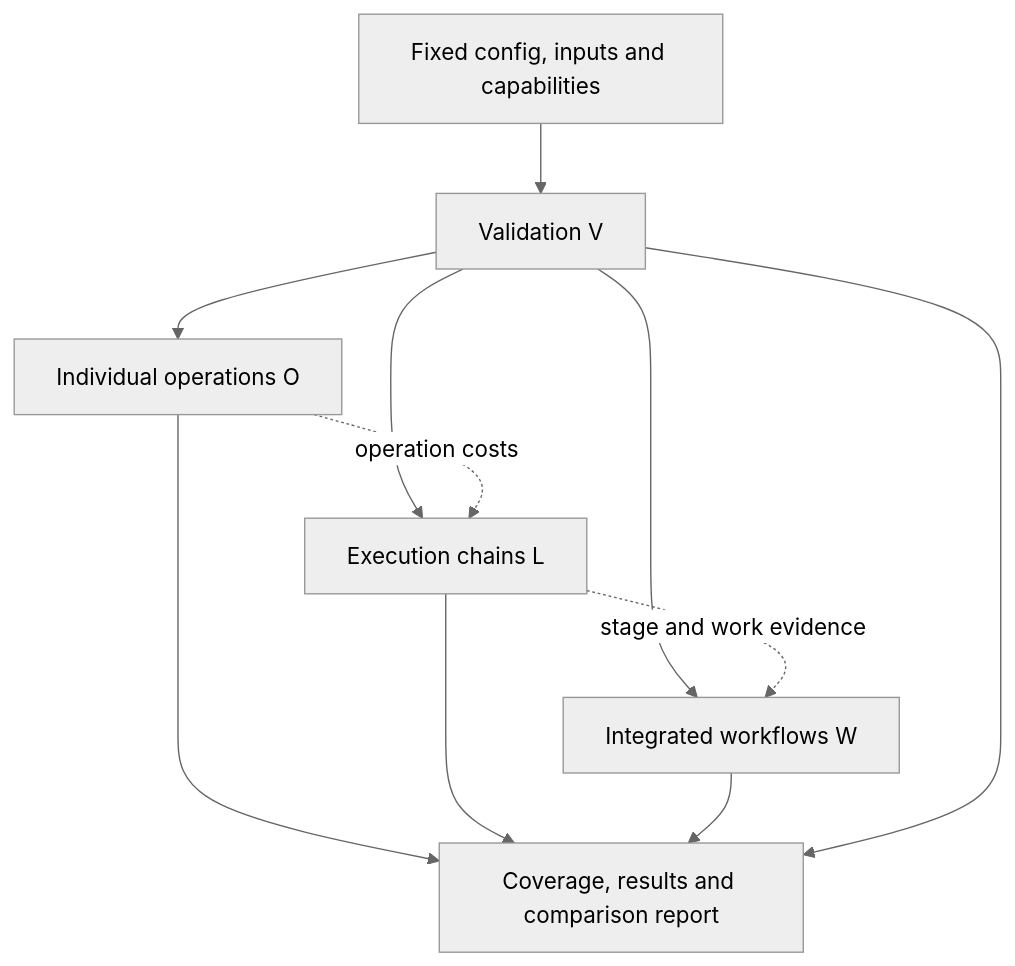
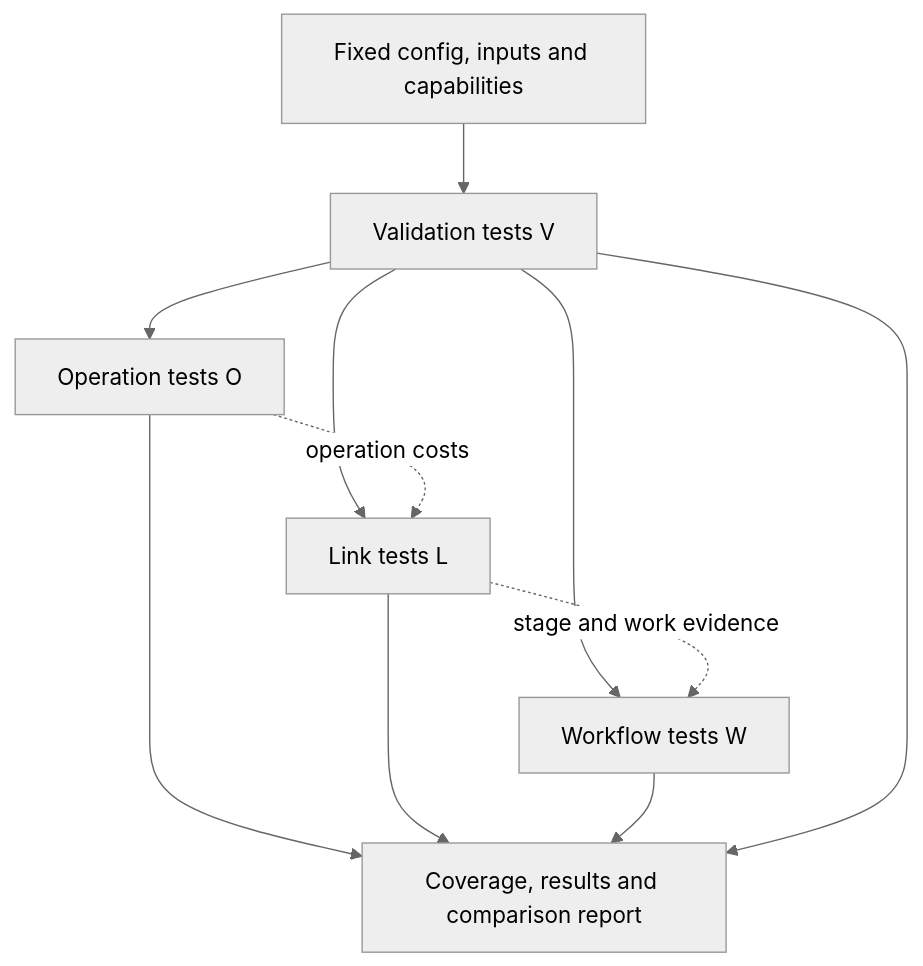
Before and after one commit to Gideon-0709/fountain_eval: the diagram in docs/TEST.md, drawn with Mermaid (neutral theme). The commit also changed other lines of this file and 6 other files, not shown here.

````diff
--- a/docs/TEST.md
+++ b/docs/TEST.md
@@ -20,13 +20,13 @@
 ```mermaid
 flowchart TD
-    Inputs[Fixed config, inputs and capabilities] --> Validation[Validation V]
-    Validation --> Operations[Individual operations O]
-    Validation --> Chains[Execution chains L]
-    Validation --> Integrated[Integrated workflows W]
-    Operations -. operation costs .-> Chains
-    Chains -. stage and work evidence .-> Integrated
+    Inputs[Fixed config, inputs and capabilities] --> Validation[Validation tests V]
+    Validation --> Operations[Operation tests O]
+    Validation --> Links[Link tests L]
+    Validation --> Workflows[Workflow tests W]
+    Operations -. operation costs .-> Links
+    Links -. stage and work evidence .-> Workflows
     Operations --> Report[Coverage, results and comparison report]
-    Chains --> Report
-    Integrated --> Report
+    Links --> Report
+    Workflows --> Report
     Validation --> Report
 ```
````
